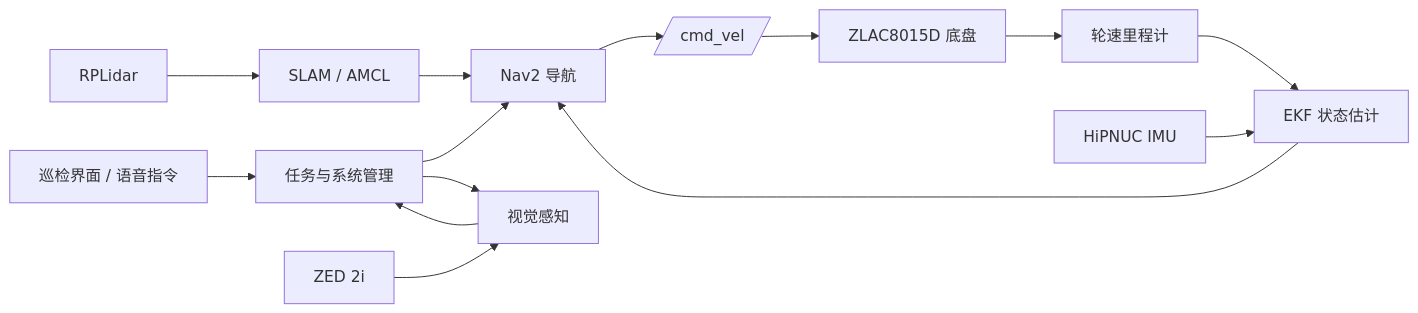
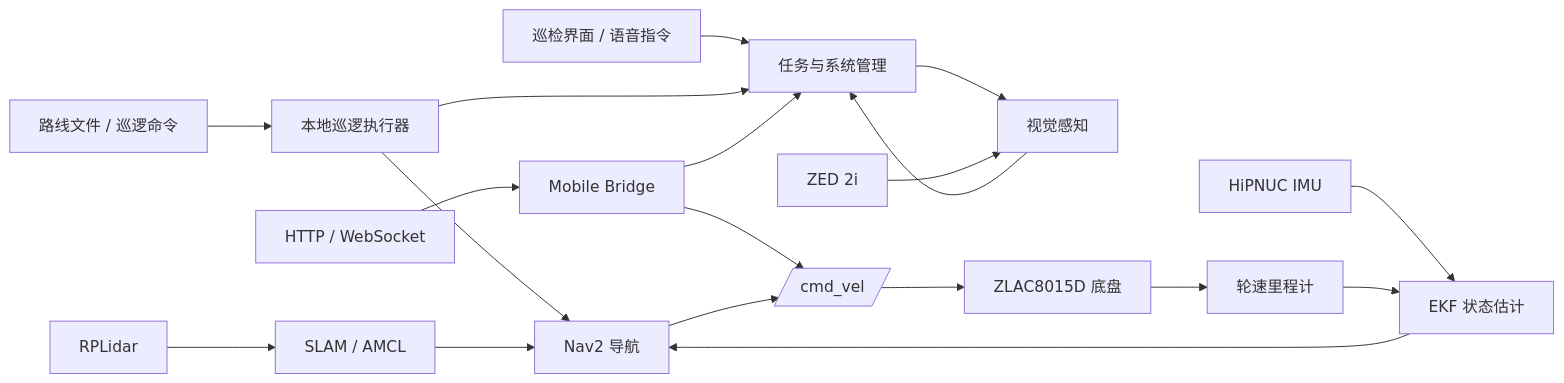
One commit to liaojingwu20041031/electric-power-inspection-robot changed the diagram in README.md. Above: the diagram before and after it, drawn with Mermaid. The commit also changed other lines of this file and 1 other file, not shown here.

````diff
--- a/README.md
+++ b/README.md
@@ -40,19 +41,24 @@
 ```mermaid
 flowchart LR
     UI[巡检界面 / 语音指令] --> TASK[任务与系统管理]
-    TASK --> NAV[Nav2 导航]
+    ROUTE[路线文件 / 巡逻命令] --> PATROL[本地巡逻执行器]
+    PATROL --> NAV[Nav2 导航]
+    PATROL --> TASK
     TASK --> PERCEPTION[视觉感知]
+    WEB[HTTP / WebSocket] --> BRIDGE[Mobile Bridge]
+    BRIDGE --> TASK
+    BRIDGE --> CMD
 
     NAV --> CMD[/cmd_vel/]
     CMD --> BASE[ZLAC8015D 底盘]
     BASE --> ODOM[轮速里程计]
 
     LIDAR[RPLidar] --> SLAM[SLAM / AMCL]
     IMU[HiPNUC IMU] --> EKF[EKF 状态估计]
     ODOM --> EKF
     EKF --> NAV
     SLAM --> NAV
 
     ZED[ZED 2i] --> PERCEPTION
     PERCEPTION --> TASK
 ```
````
